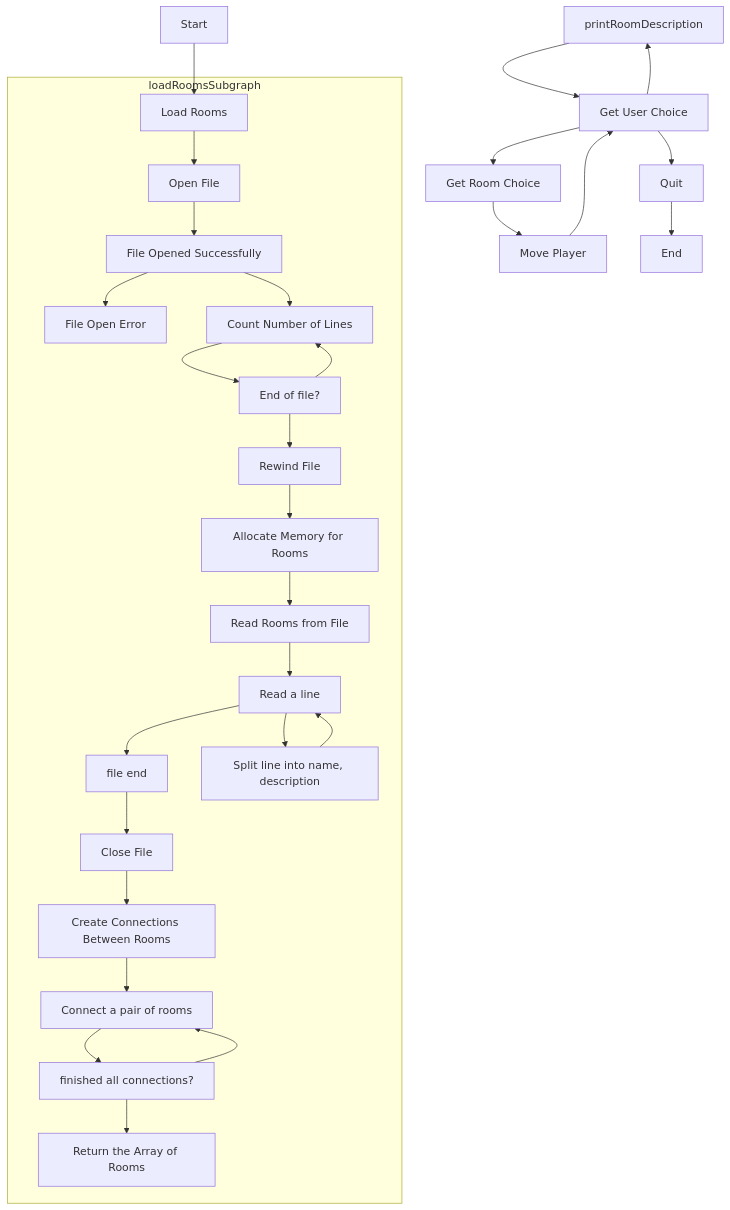
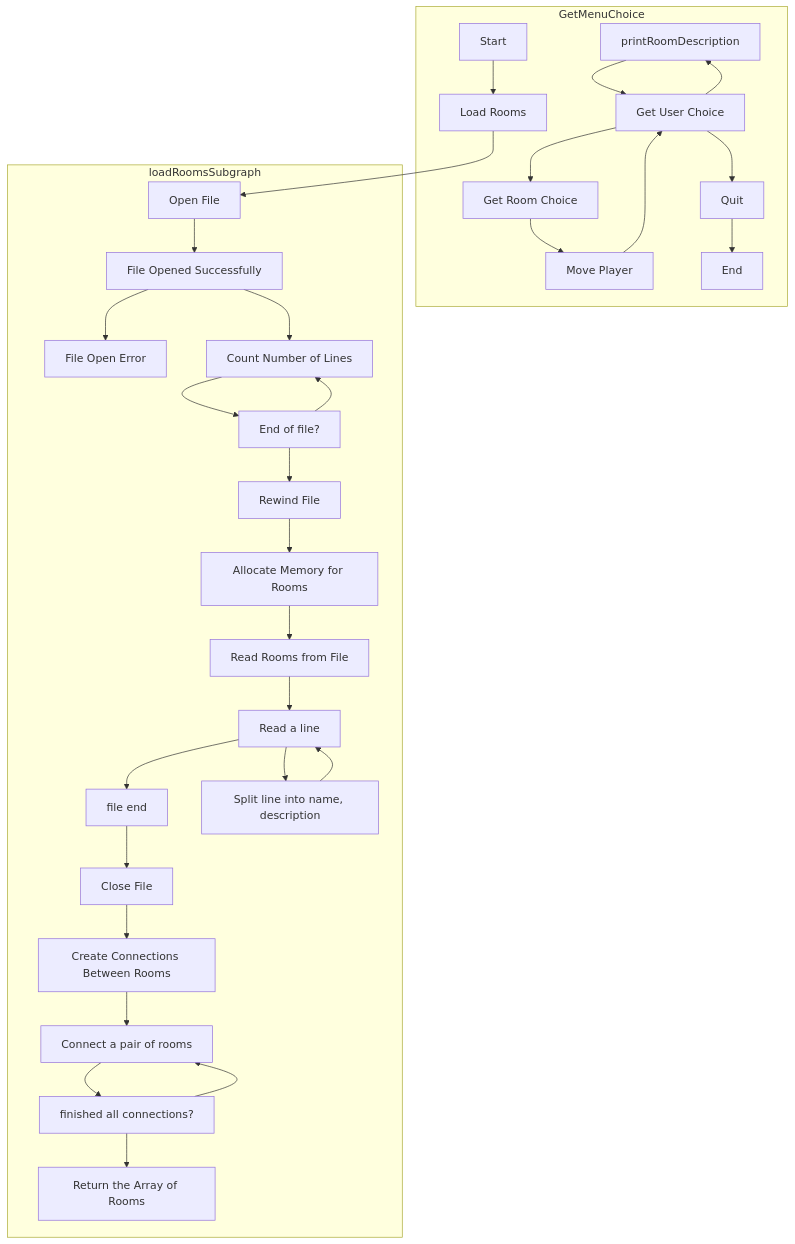
The diagram in diagrams.md (iiCHROME17/TextAdventureCGame), drawn with Mermaid before and after one commit.

````diff
--- a/diagrams.md
+++ b/diagrams.md
@@ -1,58 +1,59 @@
 ```mermaid
 graph TD
 
-
+subgraph GetMenuChoice
 start[Start]
 
 start --> loadRooms[Load Rooms]
 
 printRoomDescription --> getMenuChoice[Get User Choice]
 
 getMenuChoice --> printRoomDescription
 
 getMenuChoice --> getRoomChoice[Get Room Choice]
 
 getMenuChoice --> quitGame[Quit]
 
 getRoomChoice --> movePlayer[Move Player]
 
 movePlayer --> getMenuChoice
 
 quitGame --> stop[Stop]
 
 stop[End]
+end
 
 subgraph loadRoomsSubgraph
 
   loadRooms[Load Rooms]
 
   loadRooms --> openFile[Open File]
 
   openFile --> checkFile[File Opened Successfully]
   checkFile --> exit[File Open Error]
   
   checkFile --> countLines[Count Number of Lines]
   
   countLines --> reachedEnd[End of file?]
   reachedEnd --> countLines
   reachedEnd --> rewindFile
   rewindFile[Rewind File]
 
   rewindFile --> allocateMemory[Allocate Memory for Rooms]
 
   allocateMemory --> readRooms[Read Rooms from File]
   readRooms --> getLine[Read a line]
   getLine --> endOfFile[file end]
   getLine --> processLine[Split line into name, description]
   processLine --> getLine
   endOfFile --> closeFile[Close File]
   
   closeFile --> createConnections[Create Connections Between Rooms]
   createConnections --> connectOne[Connect a pair of rooms]
   connectOne --> allDone[finished all connections?]
   allDone --> connectOne
   
   allDone --> returnRooms[Return the Array of Rooms]
 
 end
 ```
````
